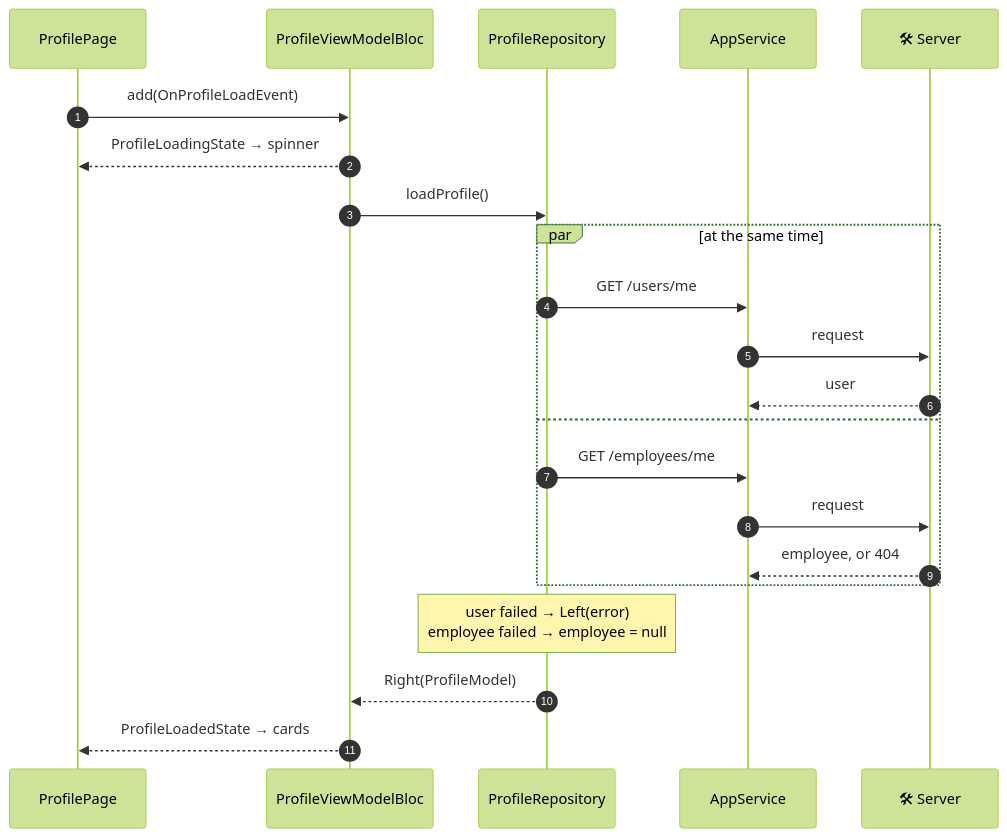
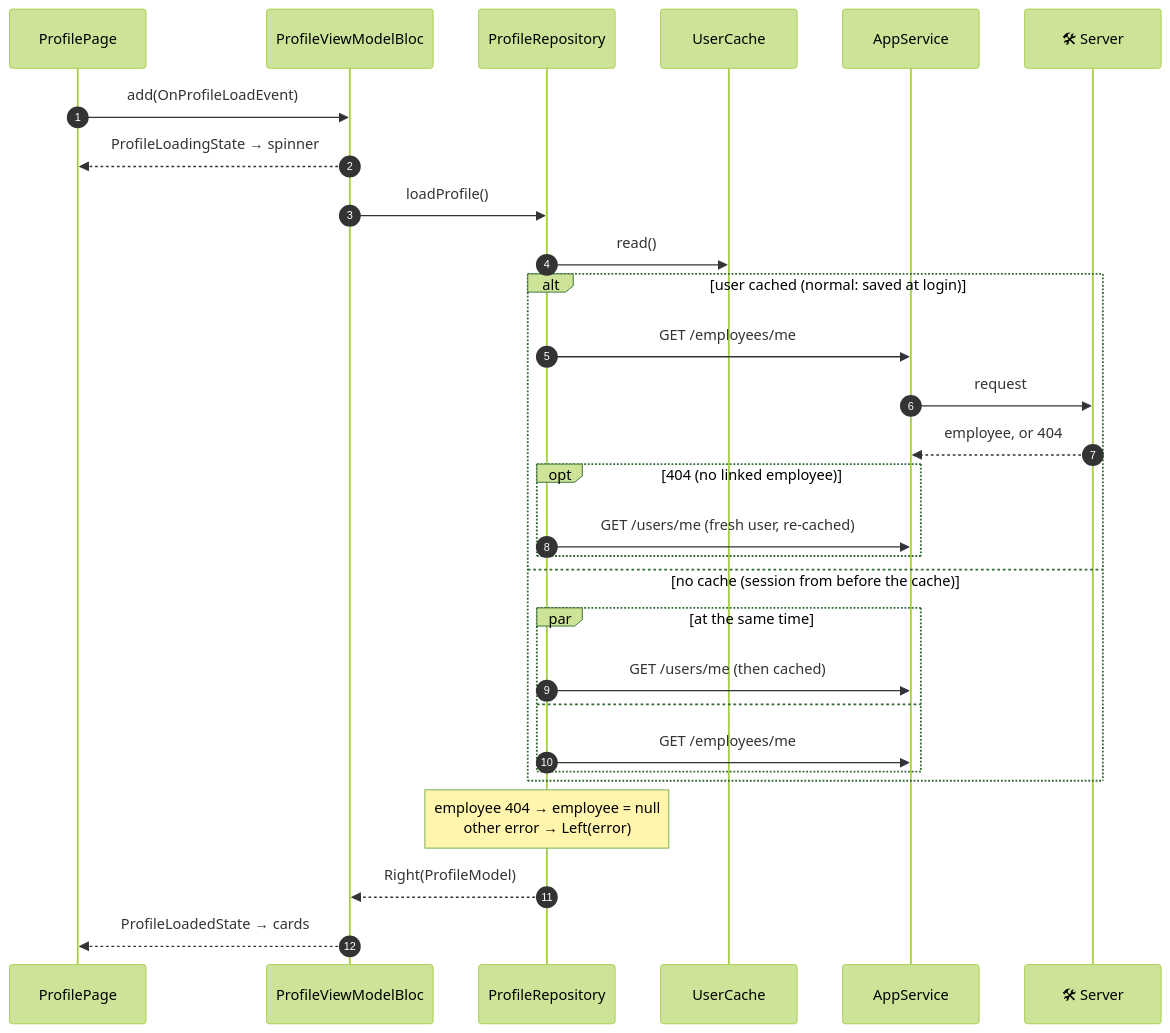
One commit to krouchvanyda/erp_flutter_claude changed the second of 3 diagrams in docs/learning/REBUILD/09-profile-view.md. Above: the diagram before and after it, drawn with Mermaid (forest theme). The commit also changed other lines of this file and 10 other files, not shown here.

Commit message:
feat(profile): implement UserCache for storing logged-in user data and update profile loading logic to utilize cached user information

````diff
--- a/docs/learning/REBUILD/09-profile-view.md
+++ b/docs/learning/REBUILD/09-profile-view.md
@@ -49,25 +50,32 @@
 ```mermaid
 sequenceDiagram
     autonumber
     participant P as ProfilePage
     participant B as ProfileViewModelBloc
     participant R as ProfileRepository
+    participant C as UserCache
     participant A as AppService
     participant S as 🛠 Server
 
     P->>B: add(OnProfileLoadEvent)
     B-->>P: ProfileLoadingState → spinner
     B->>R: loadProfile()
-    par at the same time
-        R->>A: GET /users/me
-        A->>S: request
-        S-->>A: user
-    and
+    R->>C: read()
+    alt user cached (normal: saved at login)
         R->>A: GET /employees/me
         A->>S: request
         S-->>A: employee, or 404
+        opt 404 (no linked employee)
+            R->>A: GET /users/me (fresh user, re-cached)
+        end
+    else no cache (session from before the cache)
+        par at the same time
+            R->>A: GET /users/me (then cached)
+        and
+            R->>A: GET /employees/me
+        end
     end
-    Note over R: user failed → Left(error)<br/>employee failed → employee = null
+    Note over R: employee 404 → employee = null<br/>other error → Left(error)
     R-->>B: Right(ProfileModel)
     B-->>P: ProfileLoadedState → cards
 ```
````
